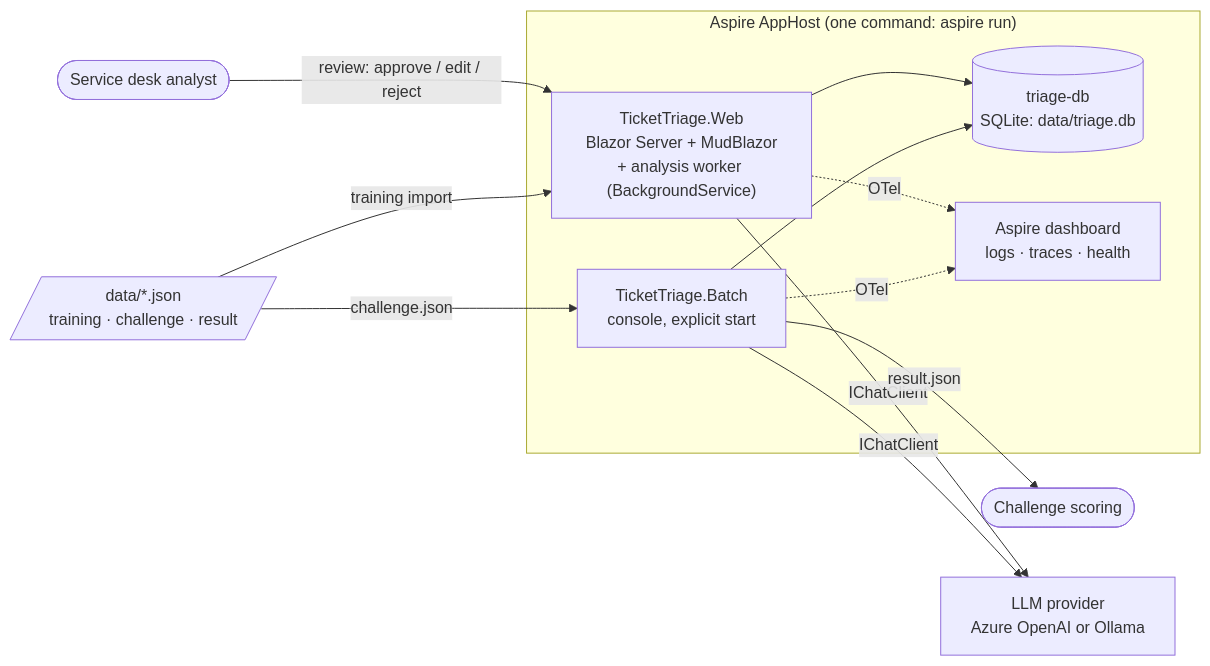
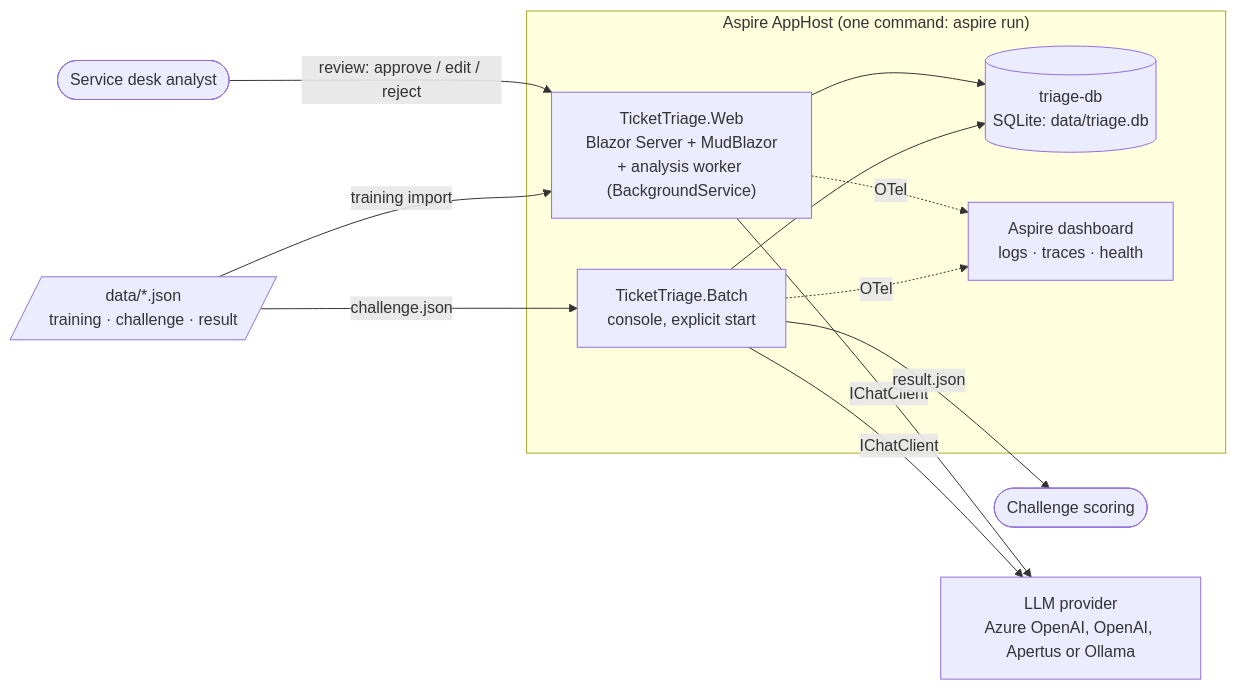
One commit to githubfawu/TriAIge changed the first of 7 diagrams in docs/architecture.md. Above: the diagram before and after it, drawn with Mermaid. The commit also changed other lines of this file and 51 other files, not shown here.

````diff
--- a/docs/architecture.md
+++ b/docs/architecture.md
@@ -9,26 +9,26 @@
 ```mermaid
 flowchart LR
     analyst([Service desk analyst])
     jury([Challenge scoring])
 
     subgraph aspire["Aspire AppHost (one command: aspire run)"]
         web["TicketTriage.Web<br/>Blazor Server + MudBlazor<br/>+ analysis worker (BackgroundService)"]
         batch["TicketTriage.Batch<br/>console, explicit start"]
         db[("triage-db<br/>SQLite: data/triage.db")]
         dash["Aspire dashboard<br/>logs · traces · health"]
     end
 
-    llm["LLM provider<br/>Azure OpenAI or Ollama"]
+    llm["LLM provider<br/>Azure OpenAI, OpenAI, Apertus or Ollama"]
     files[/"data/*.json<br/>training · challenge · result"/]
 
     analyst -- "review: approve / edit / reject" --> web
     web --> db
     batch --> db
     web -- "IChatClient" --> llm
     batch -- "IChatClient" --> llm
     files -- "training import" --> web
     files -- "challenge.json" --> batch
     batch -- "result.json" --> jury
     web -. OTel .-> dash
     batch -. OTel .-> dash
 ```
````
